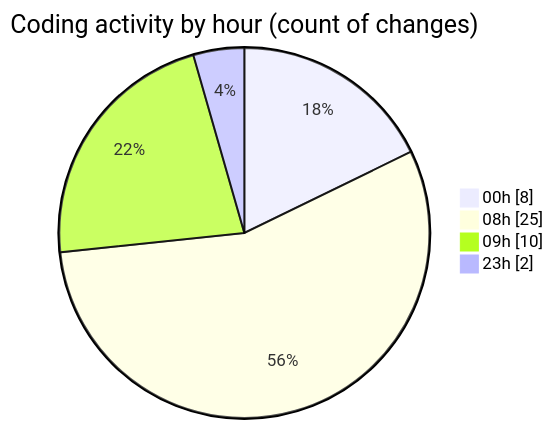
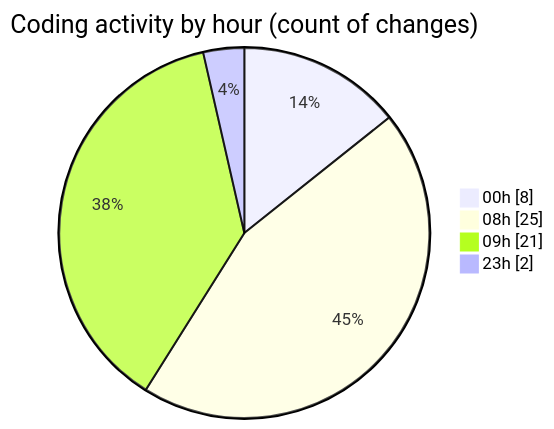
Before and after one commit to EIIisD/code-tracking: the second of 2 diagrams in 2025-08-13/ribbon/README.md, drawn with Mermaid. The commit also changed other lines of this file and 1 other file, not shown here.

````diff
--- a/2025-08-13/ribbon/README.md
+++ b/2025-08-13/ribbon/README.md
@@ -35,8 +37,8 @@
 ```mermaid
 pie showData
 title Coding activity by hour (count of changes)
 "00h" : 8
 "08h" : 25
-"09h" : 10
+"09h" : 21
 "23h" : 2
 ```
````
